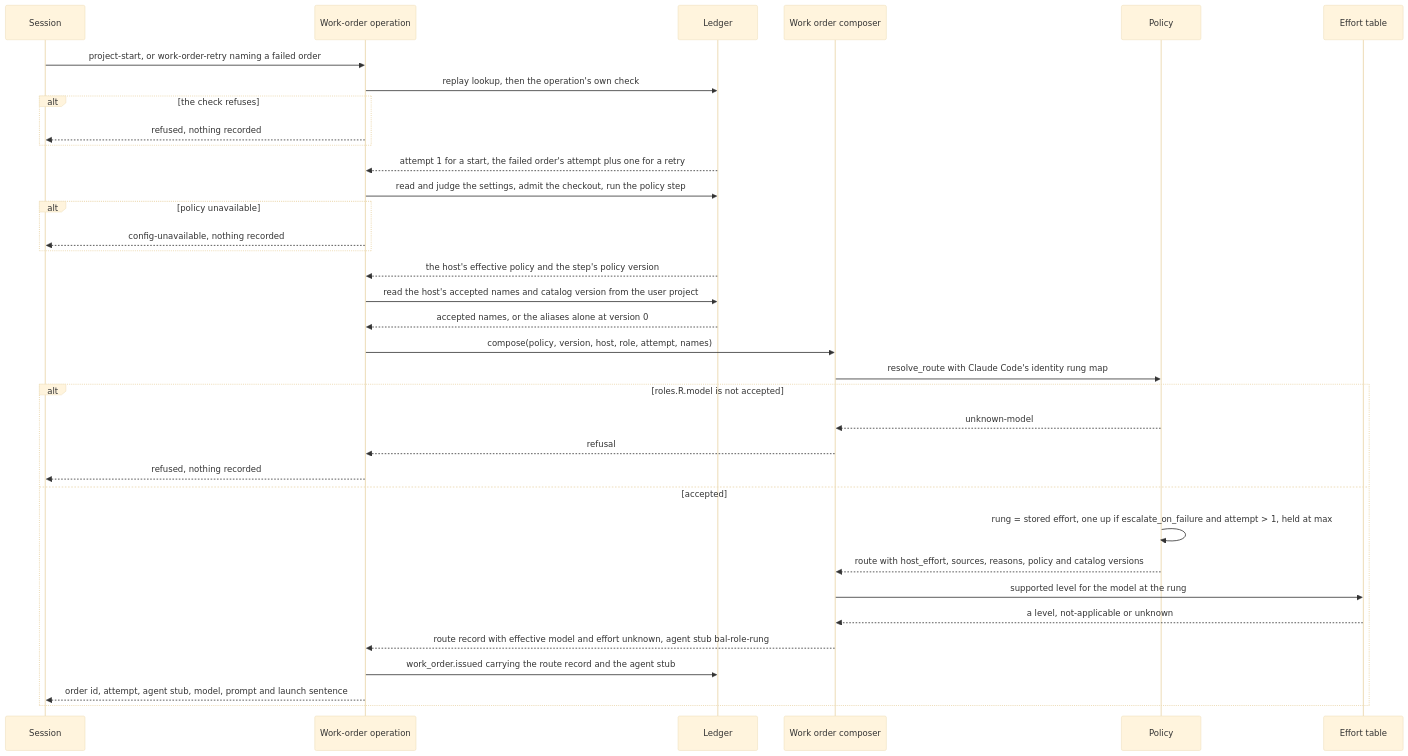
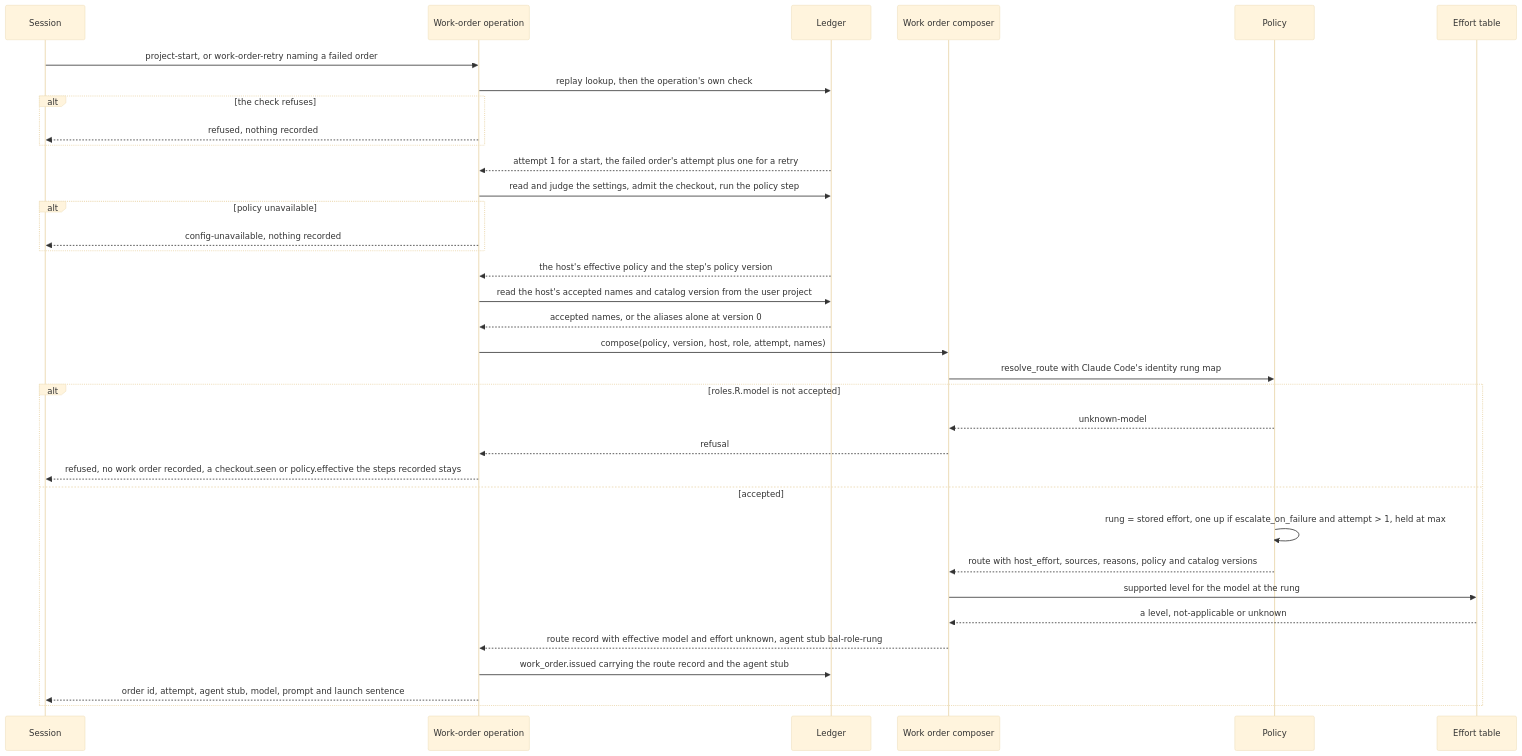
Before and after one commit to jcrenshaw-dev/baley: the fifth of 7 diagrams in docs/design/0003-configuration-and-routing.md, drawn with Mermaid (base theme). The commit also changed other lines of this file, not shown here.

````diff
--- a/docs/design/0003-configuration-and-routing.md
+++ b/docs/design/0003-configuration-and-routing.md
@@ -631,37 +631,37 @@
 ```mermaid
 sequenceDiagram
   participant S as Session
   participant O as Work-order operation
   participant L as Ledger
   participant W as Work order composer
   participant P as Policy
   participant T as Effort table
   S->>O: project-start, or work-order-retry naming a failed order
   O->>L: replay lookup, then the operation's own check
   alt the check refuses
     O-->>S: refused, nothing recorded
   end
   L-->>O: attempt 1 for a start, the failed order's attempt plus one for a retry
   O->>L: read and judge the settings, admit the checkout, run the policy step
   alt policy unavailable
     O-->>S: config-unavailable, nothing recorded
   end
   L-->>O: the host's effective policy and the step's policy version
   O->>L: read the host's accepted names and catalog version from the user project
   L-->>O: accepted names, or the aliases alone at version 0
   O->>W: compose(policy, version, host, role, attempt, names)
   W->>P: resolve_route with Claude Code's identity rung map
   alt roles.R.model is not accepted
     P-->>W: unknown-model
     W-->>O: refusal
-    O-->>S: refused, nothing recorded
+    O-->>S: refused, no work order recorded, a checkout.seen or policy.effective the steps recorded stays
   else accepted
     P->>P: rung = stored effort, one up if escalate_on_failure and attempt > 1, held at max
     P-->>W: route with host_effort, sources, reasons, policy and catalog versions
     W->>T: supported level for the model at the rung
     T-->>W: a level, not-applicable or unknown
     W-->>O: route record with effective model and effort unknown, agent stub bal-role-rung
     O->>L: work_order.issued carrying the route record and the agent stub
     O-->>S: order id, attempt, agent stub, model, prompt and launch sentence
   end
 ```
````
